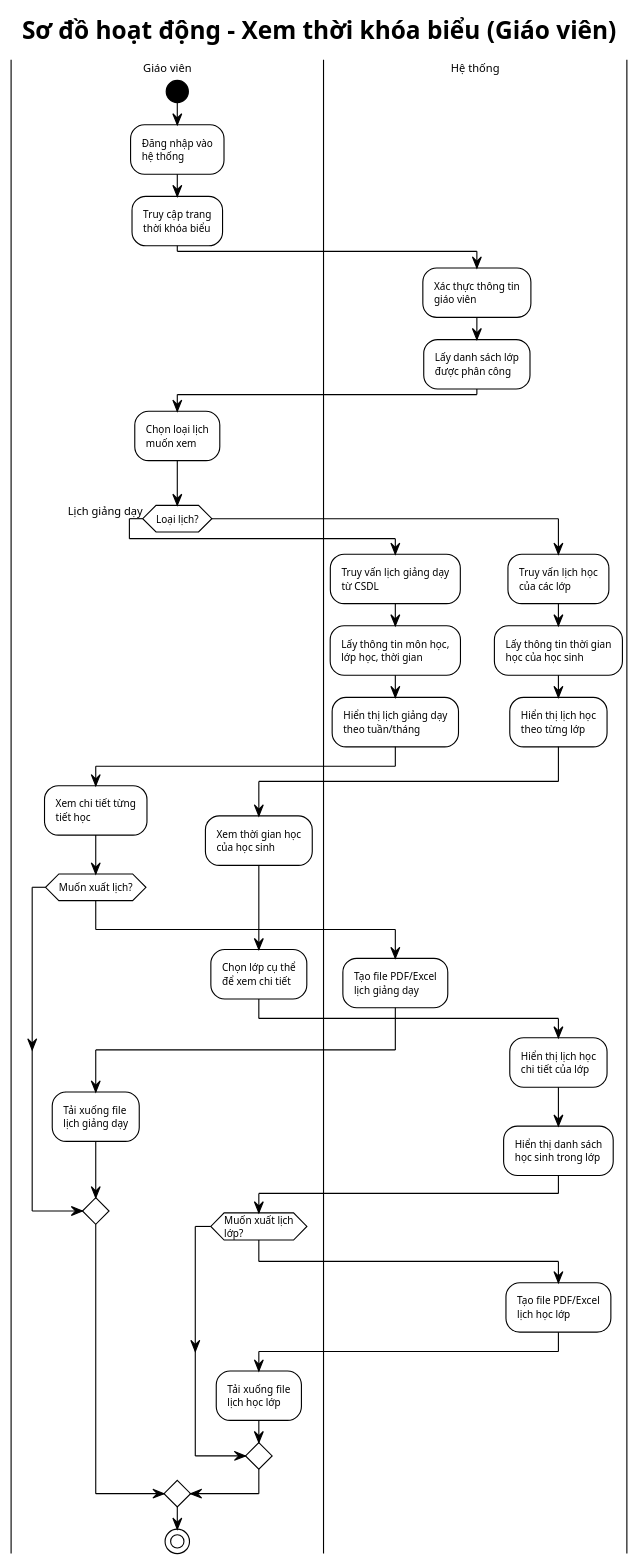
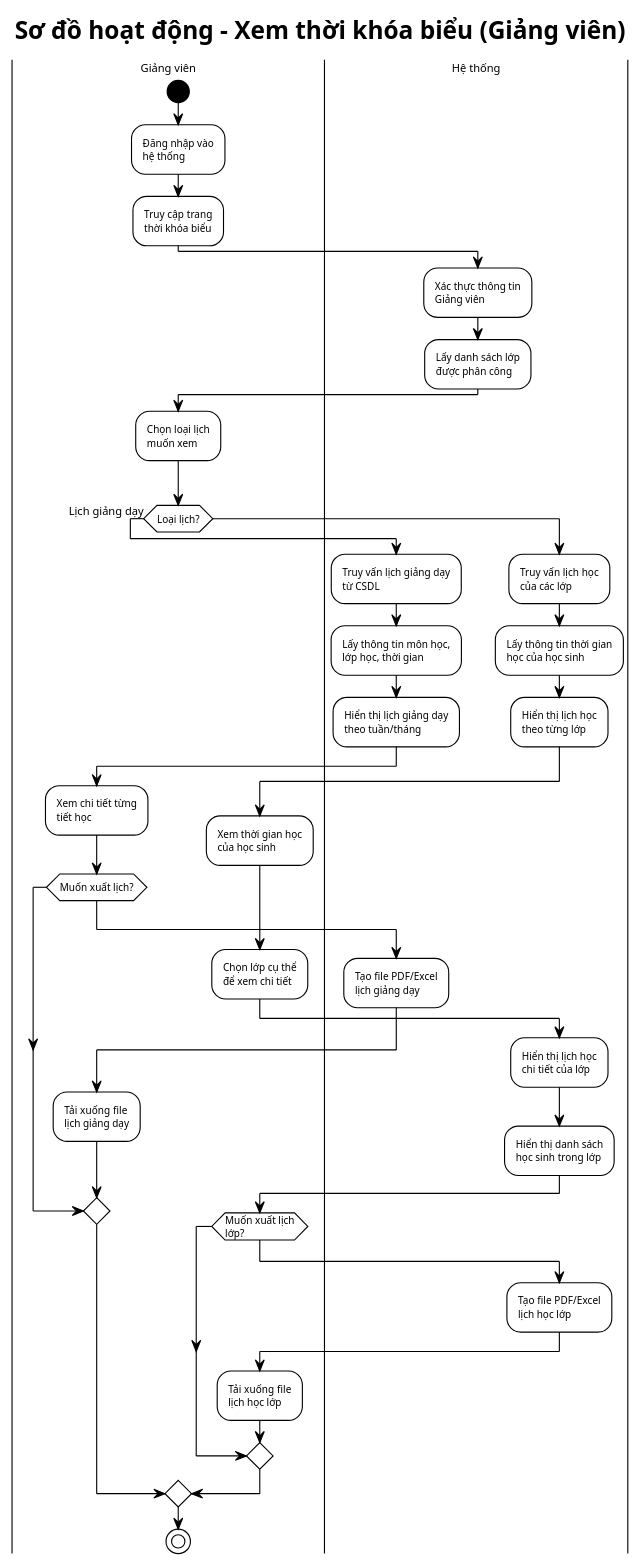
The diagram in atvtd/giangvienxemlich.puml (pTBgH/pttkht), drawn with PlantUML before and after one commit. The commit also changed 23 other files, not shown here.

```diff
--- a/atvtd/giangvienxemlich.puml
+++ b/atvtd/giangvienxemlich.puml
@@ -1,75 +1,75 @@
 @startuml
 !theme plain
 skinparam defaultFontSize 10
 skinparam activityFontSize 9
 skinparam swimlaneTitleFontSize 10
 skinparam maxMessageSize 150
 skinparam ranksep 60
 skinparam activityStartColor black
 skinparam activityEndColor black
 skinparam activityEndColorBorder black
 skinparam activityBarColor black
 skinparam circledCharacterFontColor black
 
-title Sơ đồ hoạt động - Xem thời khóa biểu (Giáo viên)
+title Sơ đồ hoạt động - Xem thời khóa biểu (Giảng viên)
 
-|Giáo viên|
+|Giảng viên|
 start
 :Đăng nhập vào\nhệ thống;
 :Truy cập trang\nthời khóa biểu;
 
 |Hệ thống|
-:Xác thực thông tin\ngiáo viên;
+:Xác thực thông tin\nGiảng viên;
 :Lấy danh sách lớp\nđược phân công;
 
-|Giáo viên|
+|Giảng viên|
 :Chọn loại lịch\nmuốn xem;
 
 if (Loại lịch?) then (Lịch giảng dạy)
   |Hệ thống|
   :Truy vấn lịch giảng dạy\ntừ CSDL;
   :Lấy thông tin môn học,\nlớp học, thời gian;
 
   :Hiển thị lịch giảng dạy\ntheo tuần/tháng;
-  |Giáo viên|
+  |Giảng viên|
   :Xem chi tiết từng\ntiết học;
   
   if (Muốn xuất lịch?) then (có)
     |Hệ thống|
     -> \n\n\n\n;
     :Tạo file PDF/Excel\nlịch giảng dạy;
     -> \n\n;
-    |Giáo viên|
+    |Giảng viên|
     :Tải xuống file\nlịch giảng dạy;
   endif
   
 else (Lịch học)
   |Hệ thống|
   -> \n\n;
   :Truy vấn lịch học\ncủa các lớp;
   :Lấy thông tin thời gian\nhọc của học sinh;
   :Hiển thị lịch học\ntheo từng lớp;
   -> \n;
-  |Giáo viên|
+  |Giảng viên|
   :Xem thời gian học\ncủa học sinh;
   
-  |Giáo viên|
+  |Giảng viên|
   -> \n\n;
   :Chọn lớp cụ thể\nđể xem chi tiết;
   
   |Hệ thống|
   :Hiển thị lịch học\nchi tiết của lớp;
   :Hiển thị danh sách\nhọc sinh trong lớp;
   
-  |Giáo viên|
+  |Giảng viên|
   if (Muốn xuất lịch\nlớp?) then (có)
     -> \n\n;
     |Hệ thống|
     :Tạo file PDF/Excel\nlịch học lớp;
-    |Giáo viên|
+    |Giảng viên|
     :Tải xuống file\nlịch học lớp;
   endif
 endif
 
 stop
 @enduml
```
